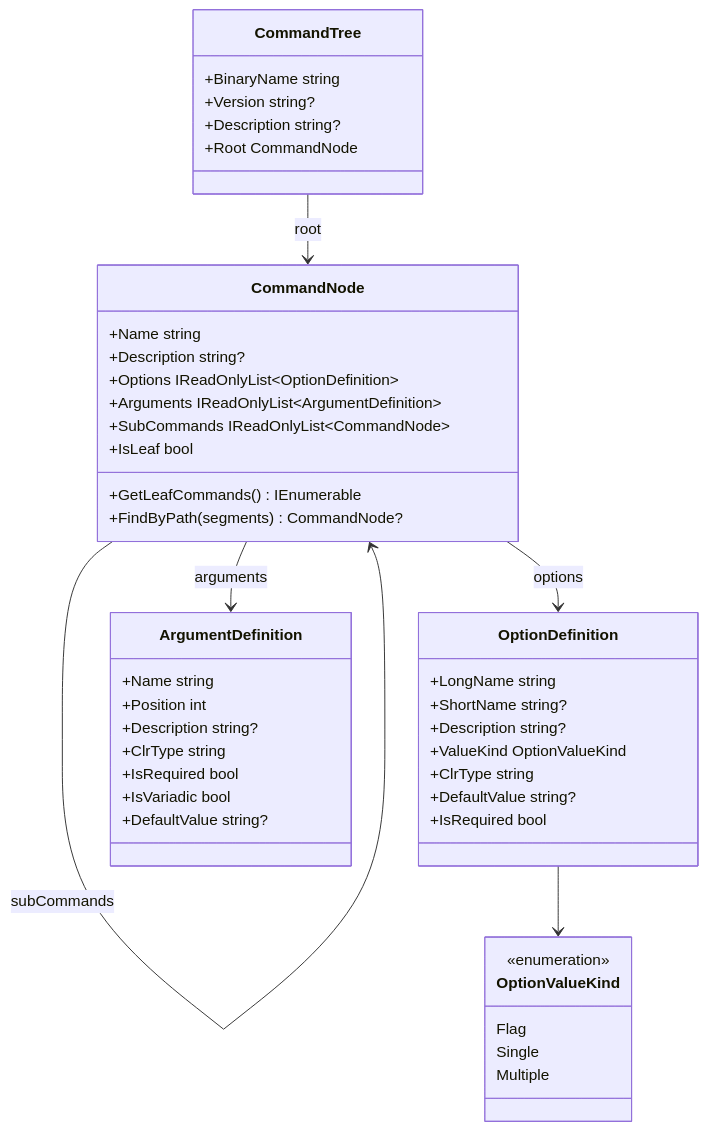
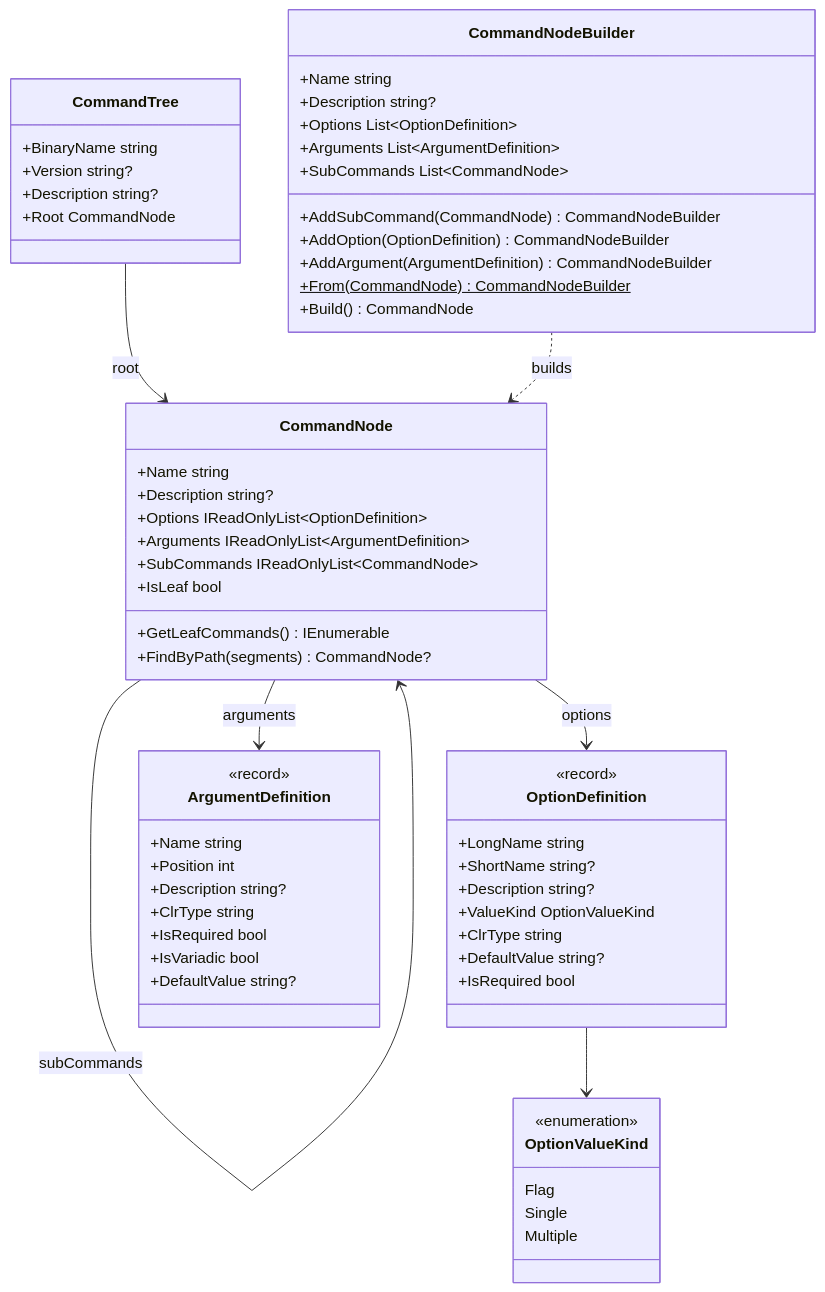
One commit to FrenchExDev/FrenchExDev changed the tenth of 14 diagrams in Net/FrenchExDev/BinaryWrapper/doc/ARCHITECTURE.md. Above: the diagram before and after it, drawn with Mermaid. The commit also changed other lines of this file and 29723 other files, not shown here.

````diff
--- a/Net/FrenchExDev/BinaryWrapper/doc/ARCHITECTURE.md
+++ b/Net/FrenchExDev/BinaryWrapper/doc/ARCHITECTURE.md
@@ -605,53 +617,69 @@
 ```mermaid
 classDiagram
     class CommandTree {
         +BinaryName string
         +Version string?
         +Description string?
         +Root CommandNode
     }
 
     class CommandNode {
         +Name string
         +Description string?
         +Options IReadOnlyList~OptionDefinition~
         +Arguments IReadOnlyList~ArgumentDefinition~
         +SubCommands IReadOnlyList~CommandNode~
         +IsLeaf bool
         +GetLeafCommands() IEnumerable
         +FindByPath(segments) CommandNode?
     }
 
+    class CommandNodeBuilder {
+        +Name string
+        +Description string?
+        +Options List~OptionDefinition~
+        +Arguments List~ArgumentDefinition~
+        +SubCommands List~CommandNode~
+        +AddSubCommand(CommandNode) CommandNodeBuilder
+        +AddOption(OptionDefinition) CommandNodeBuilder
+        +AddArgument(ArgumentDefinition) CommandNodeBuilder
+        +From(CommandNode)$ CommandNodeBuilder
+        +Build() CommandNode
+    }
+
     class OptionDefinition {
+        <<record>>
         +LongName string
         +ShortName string?
         +Description string?
         +ValueKind OptionValueKind
         +ClrType string
         +DefaultValue string?
         +IsRequired bool
     }
 
     class ArgumentDefinition {
+        <<record>>
         +Name string
         +Position int
         +Description string?
         +ClrType string
         +IsRequired bool
         +IsVariadic bool
         +DefaultValue string?
     }
 
     class OptionValueKind {
         <<enumeration>>
         Flag
         Single
         Multiple
     }
 
     CommandTree --> CommandNode : root
     CommandNode --> CommandNode : subCommands
     CommandNode --> OptionDefinition : options
     CommandNode --> ArgumentDefinition : arguments
     OptionDefinition --> OptionValueKind
+    CommandNodeBuilder ..> CommandNode : builds
 ```
````
